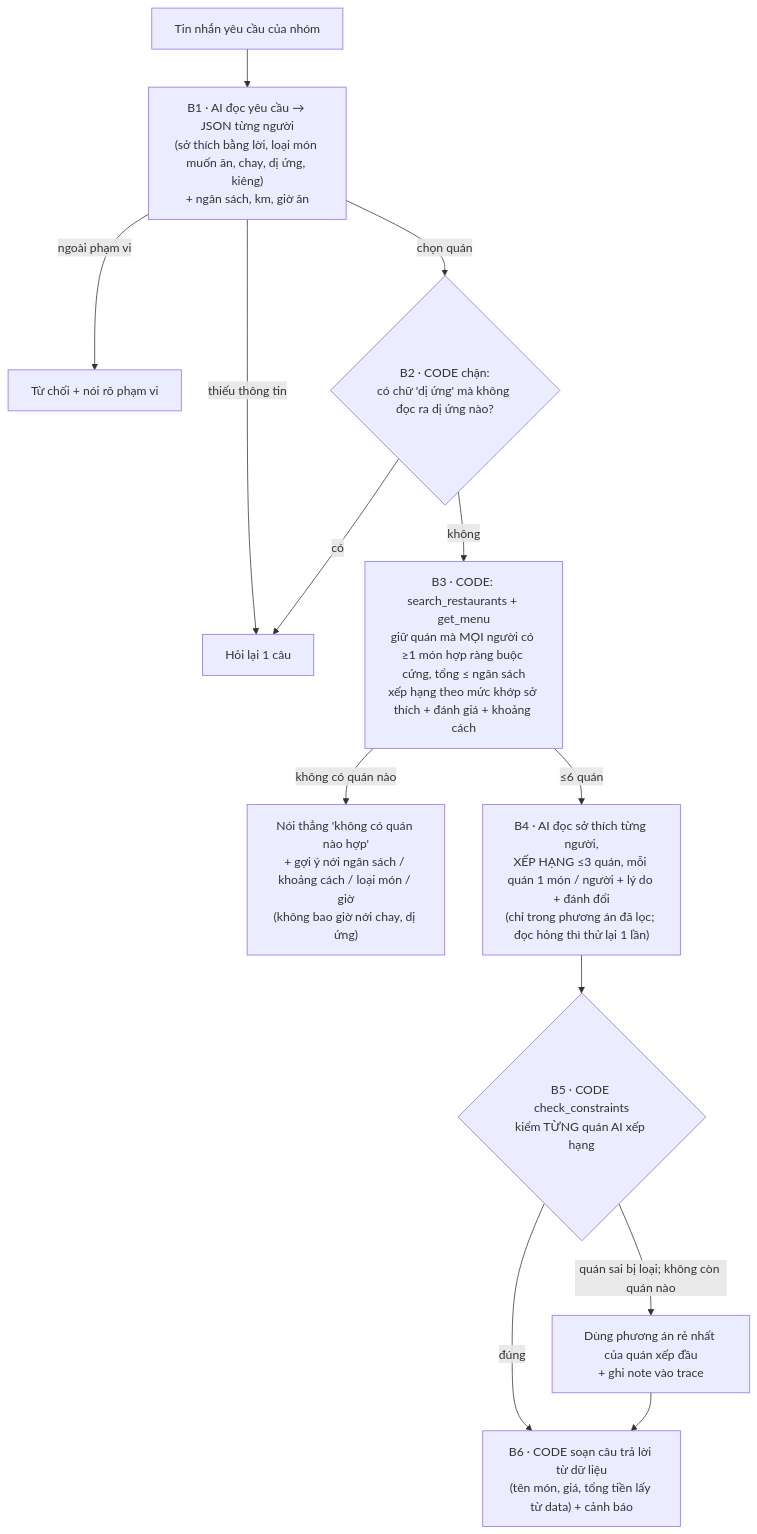
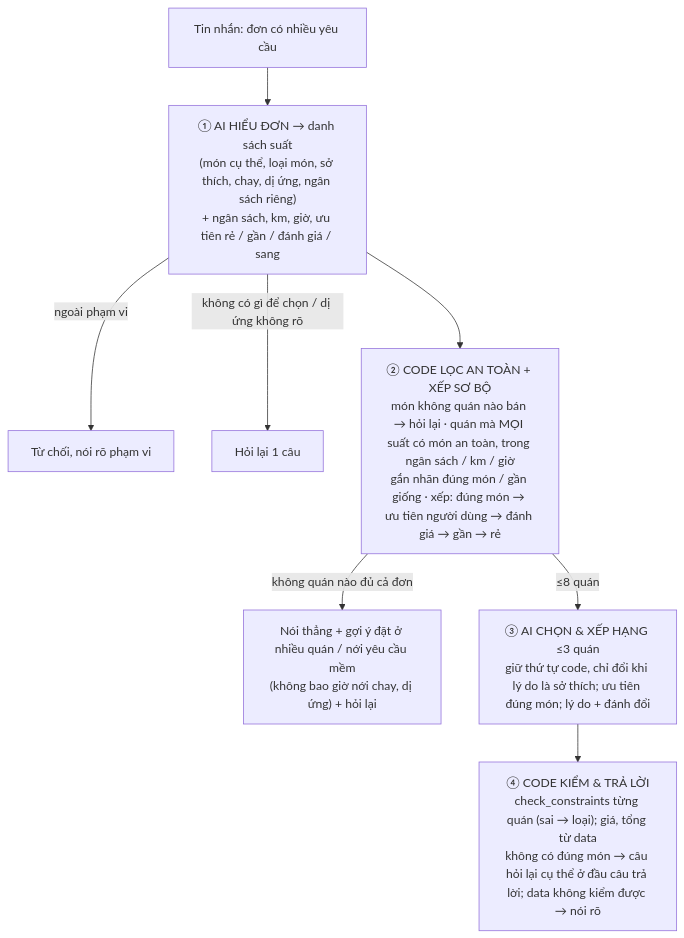
The diagram in spec.md (justapea25/K5-Day15-L3B-MALTO), drawn with Mermaid before and after one commit. The commit also changed other lines of this file and 6 other files, not shown here.

Commit message:
Agent 4 bước: món cụ thể (đúng món / gần giống), ngân sách riêng, ưu tiên rẻ/gần/đánh giá/sang, hỏi lại khi không có đúng món, gợi ý đặt nhiều quán; proxy chờ 180s + thử lại khi model chậm

````diff
--- a/spec.md
+++ b/spec.md
@@ -46,15 +46,10 @@
 ```mermaid
 flowchart TD
-    U[Tin nhắn yêu cầu của nhóm] --> B1["B1 · AI đọc yêu cầu → JSON từng người<br/>(sở thích bằng lời, loại món muốn ăn, chay, dị ứng, kiêng)<br/>+ ngân sách, km, giờ ăn"]
-    B1 -->|ngoài phạm vi| R1[Từ chối + nói rõ phạm vi]
-    B1 -->|thiếu thông tin| R2[Hỏi lại 1 câu]
-    B1 -->|chọn quán| B2{"B2 · CODE chặn:<br/>có chữ 'dị ứng' mà không đọc ra dị ứng nào?"}
-    B2 -->|có| R2
-    B2 -->|không| B3["B3 · CODE: search_restaurants + get_menu<br/>giữ quán mà MỌI người có ≥1 món hợp ràng buộc cứng, tổng ≤ ngân sách<br/>xếp hạng theo mức khớp sở thích + đánh giá + khoảng cách"]
-    B3 -->|không có quán nào| R3["Nói thẳng 'không có quán nào hợp'<br/>+ gợi ý nới ngân sách / khoảng cách / loại món / giờ<br/>(không bao giờ nới chay, dị ứng)"]
-    B3 -->|≤6 quán| B4["B4 · AI đọc sở thích từng người,<br/>XẾP HẠNG ≤3 quán, mỗi quán 1 món / người + lý do + đánh đổi<br/>(chỉ trong phương án đã lọc; đọc hỏng thì thử lại 1 lần)"]
-    B4 --> B5{"B5 · CODE check_constraints<br/>kiểm TỪNG quán AI xếp hạng"}
-    B5 -->|quán sai bị loại; không còn quán nào| F[Dùng phương án rẻ nhất của quán xếp đầu<br/>+ ghi note vào trace]
-    B5 -->|đúng| B6
-    F --> B6["B6 · CODE soạn câu trả lời từ dữ liệu<br/>(tên món, giá, tổng tiền lấy từ data) + cảnh báo"]
+    U[Tin nhắn: đơn có nhiều yêu cầu] --> S1["① AI HIỂU ĐƠN → danh sách suất<br/>(món cụ thể, loại món, sở thích, chay, dị ứng, ngân sách riêng)<br/>+ ngân sách, km, giờ, ưu tiên rẻ / gần / đánh giá / sang"]
+    S1 -->|ngoài phạm vi| R1[Từ chối, nói rõ phạm vi]
+    S1 -->|không có gì để chọn / dị ứng không rõ| R2[Hỏi lại 1 câu]
+    S1 --> S2["② CODE LỌC AN TOÀN + XẾP SƠ BỘ<br/>món không quán nào bán → hỏi lại · quán mà MỌI suất có món an toàn, trong ngân sách / km / giờ<br/>gắn nhãn đúng món / gần giống · xếp: đúng món → ưu tiên người dùng → đánh giá → gần → rẻ"]
+    S2 -->|không quán nào đủ cả đơn| R3["Nói thẳng + gợi ý đặt ở nhiều quán / nới yêu cầu mềm<br/>(không bao giờ nới chay, dị ứng) + hỏi lại"]
+    S2 -->|≤8 quán| S3["③ AI CHỌN & XẾP HẠNG ≤3 quán<br/>giữ thứ tự code, chỉ đổi khi lý do là sở thích; ưu tiên đúng món; lý do + đánh đổi"]
+    S3 --> S4["④ CODE KIỂM & TRẢ LỜI<br/>check_constraints từng quán (sai → loại); giá, tổng từ data<br/>không có đúng món → câu hỏi lại cụ thể ở đầu câu trả lời; data không kiểm được → nói rõ"]
 ```
````
